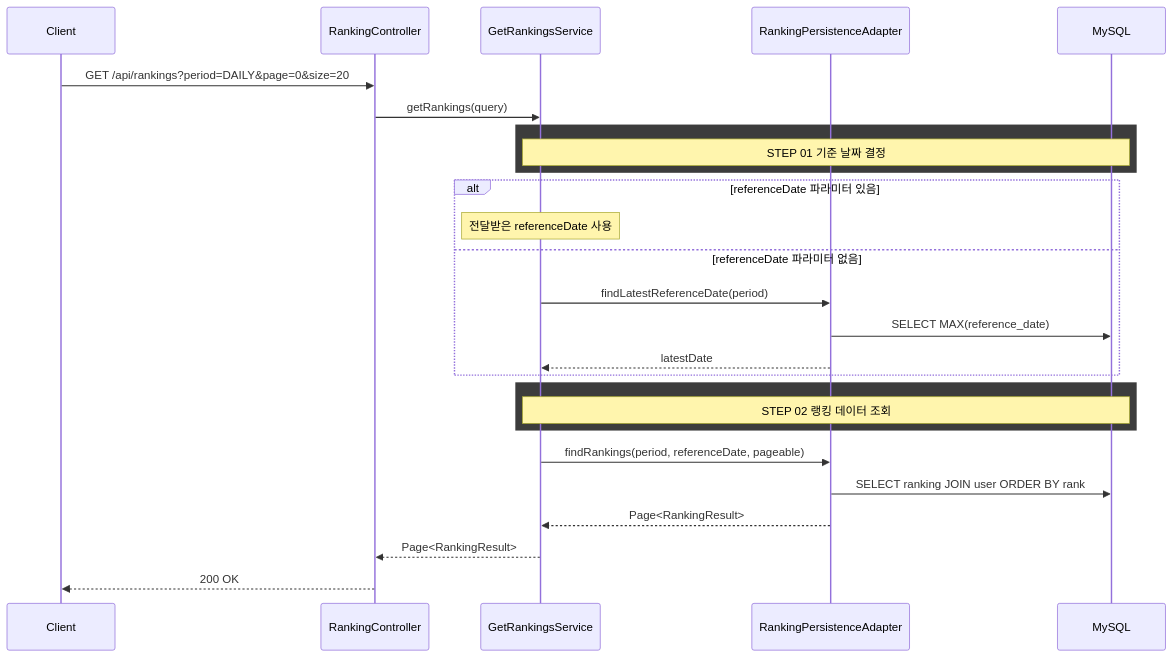
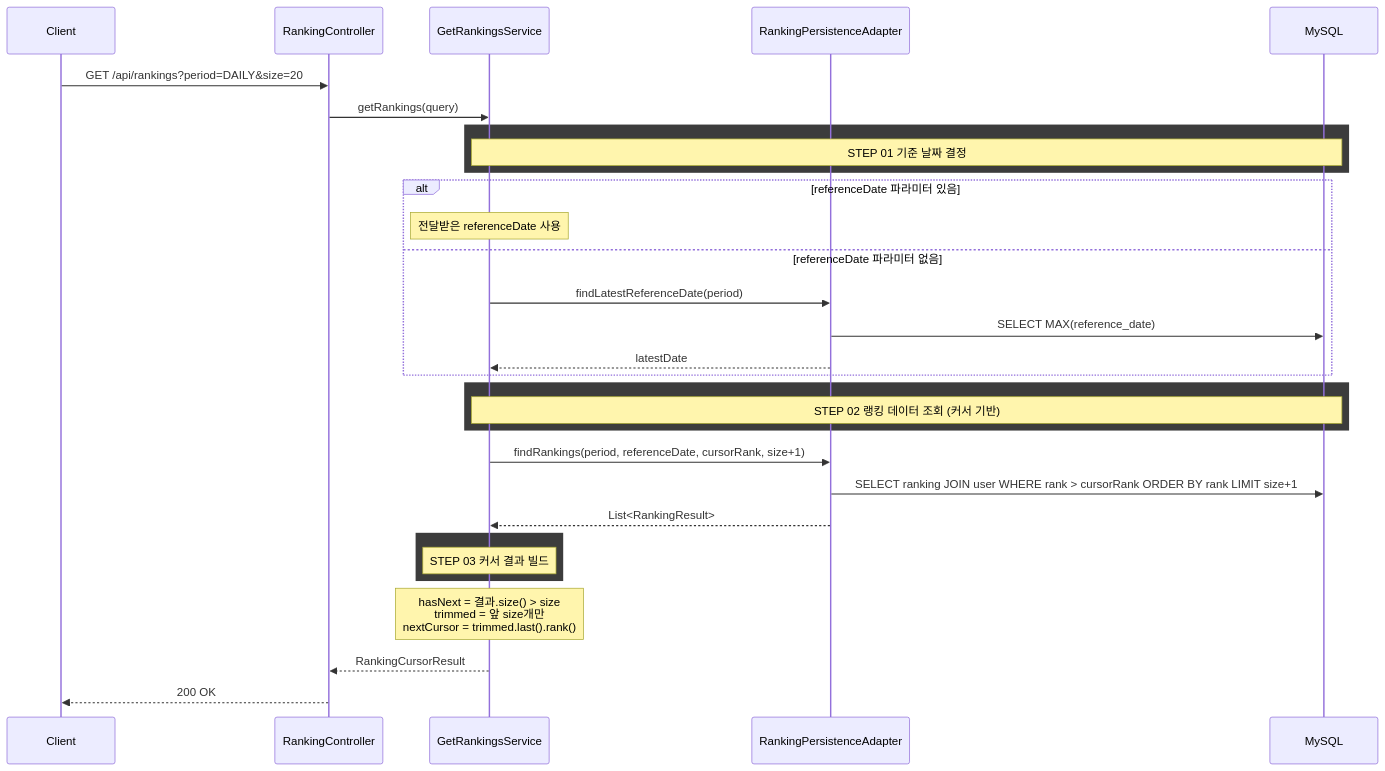
One commit to kim-se-hee/trypto changed the diagram in docs/ranking/ranking-list.md. Above: the diagram before and after it, drawn with Mermaid. The commit also changed other lines of this file and 13 other files, not shown here.

````diff
--- a/docs/ranking/ranking-list.md
+++ b/docs/ranking/ranking-list.md
@@ -122,32 +136,37 @@
 ```mermaid
 sequenceDiagram
     participant Client
     participant Controller as RankingController
     participant Service as GetRankingsService
     participant RankingAdapter as RankingPersistenceAdapter
     participant MySQL
 
-    Client->>Controller: GET /api/rankings?period=DAILY&page=0&size=20
+    Client->>Controller: GET /api/rankings?period=DAILY&size=20
     Controller->>Service: getRankings(query)
 
     rect rgb(60, 60, 60)
         Note over Service,MySQL: STEP 01 기준 날짜 결정
     end
     alt referenceDate 파라미터 있음
         Note over Service: 전달받은 referenceDate 사용
     else referenceDate 파라미터 없음
         Service->>RankingAdapter: findLatestReferenceDate(period)
         RankingAdapter->>MySQL: SELECT MAX(reference_date)
         RankingAdapter-->>Service: latestDate
     end
 
     rect rgb(60, 60, 60)
-        Note over Service,MySQL: STEP 02 랭킹 데이터 조회
+        Note over Service,MySQL: STEP 02 랭킹 데이터 조회 (커서 기반)
     end
-    Service->>RankingAdapter: findRankings(period, referenceDate, pageable)
-    RankingAdapter->>MySQL: SELECT ranking JOIN user ORDER BY rank
-    RankingAdapter-->>Service: Page<RankingResult>
+    Service->>RankingAdapter: findRankings(period, referenceDate, cursorRank, size+1)
+    RankingAdapter->>MySQL: SELECT ranking JOIN user WHERE rank > cursorRank ORDER BY rank LIMIT size+1
+    RankingAdapter-->>Service: List<RankingResult>
 
-    Service-->>Controller: Page<RankingResult>
+    rect rgb(60, 60, 60)
+        Note over Service: STEP 03 커서 결과 빌드
+    end
+    Note over Service: hasNext = 결과.size() > size<br/>trimmed = 앞 size개만<br/>nextCursor = trimmed.last().rank()
+
+    Service-->>Controller: RankingCursorResult
     Controller-->>Client: 200 OK
 ```
````
